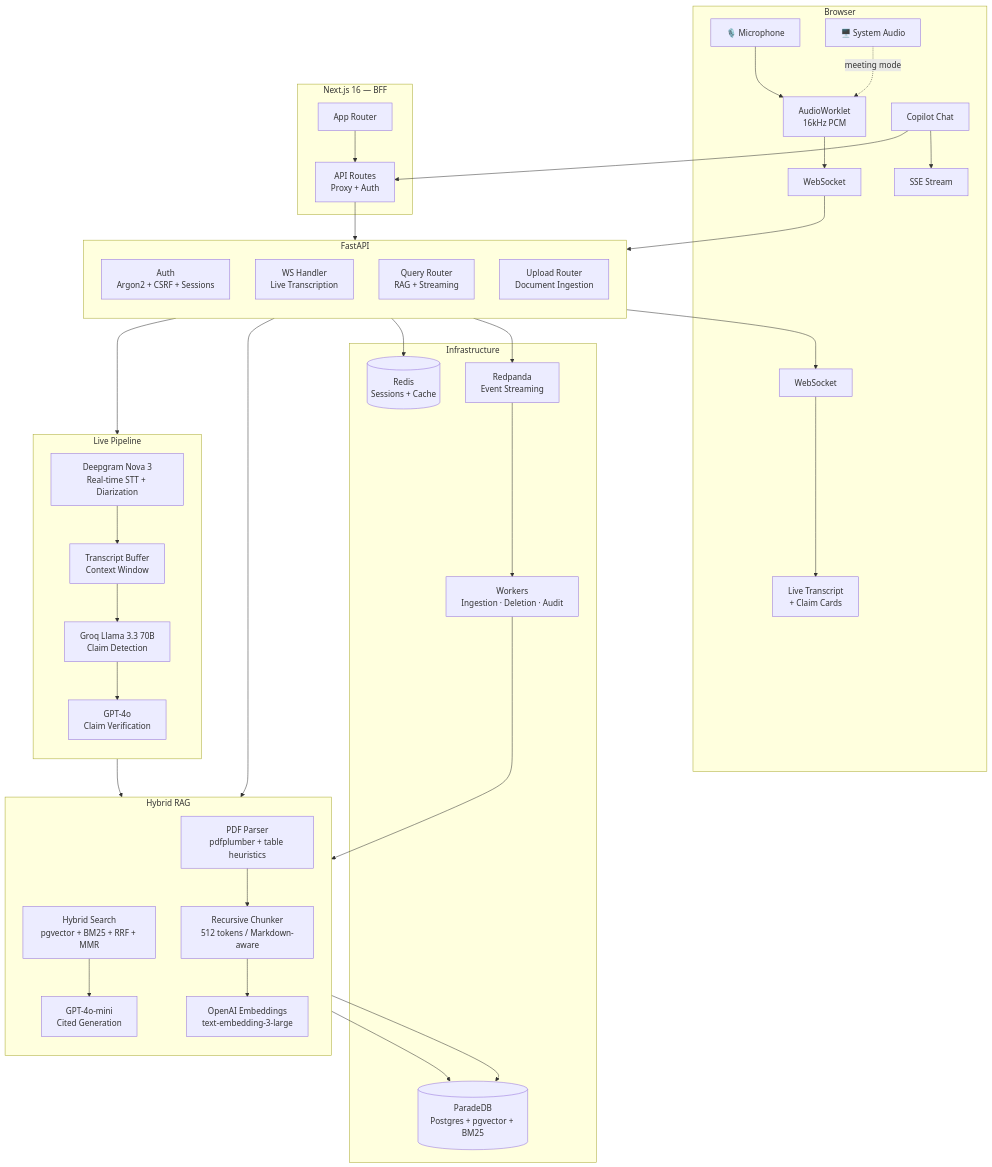
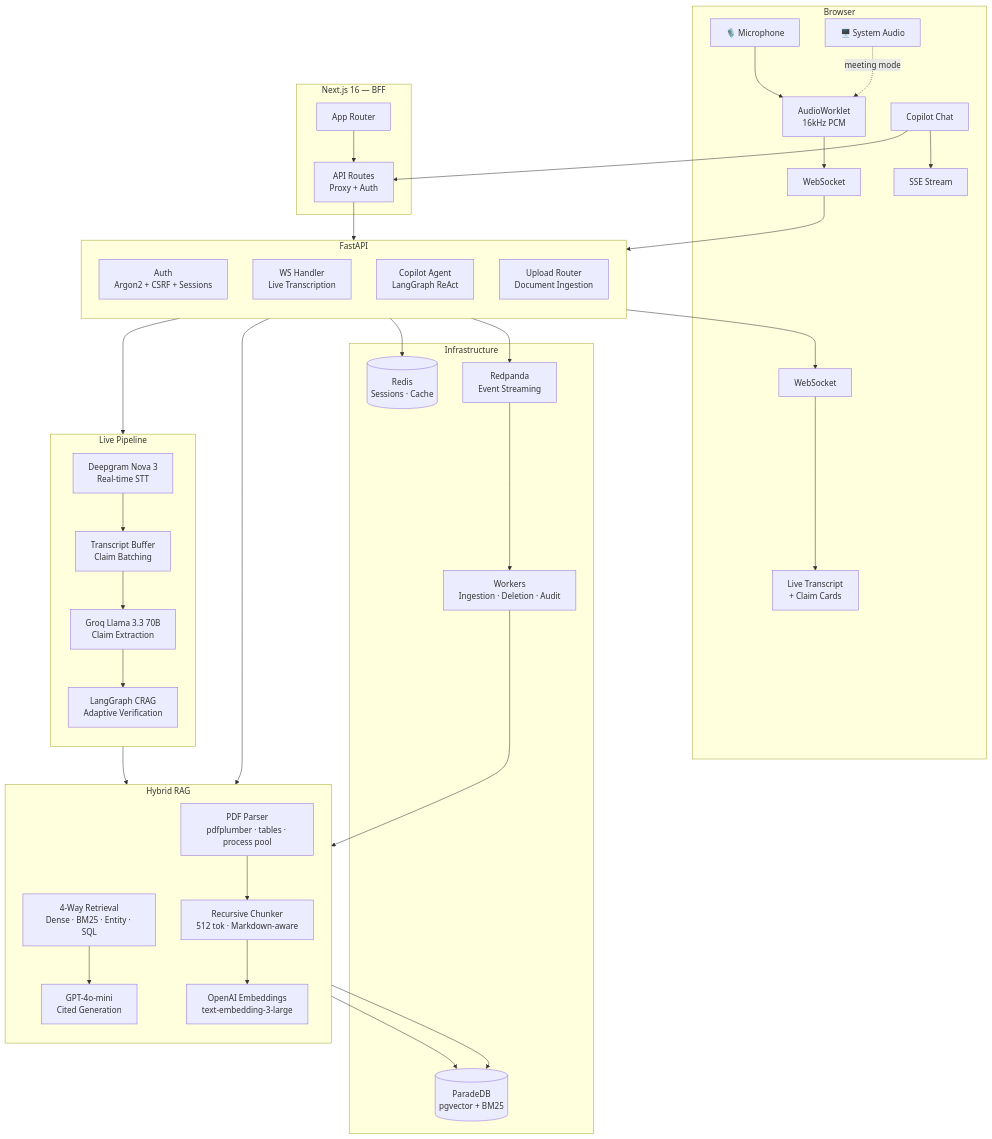
One commit to bhanuprasanna2001/AIlways changed the diagram in README.md. Above: the diagram before and after it, drawn with Mermaid. The commit also changed other lines of this file, not shown here.

````diff
--- a/README.md
+++ b/README.md
@@ -91,59 +93,59 @@
 ```mermaid
 flowchart TB
     subgraph Client["Browser"]
         MIC[🎙️ Microphone] --> AW[AudioWorklet<br/>16kHz PCM]
         SYS[🖥️ System Audio] -.->|meeting mode| AW
         AW --> WS_OUT[WebSocket]
         WS_IN[WebSocket] --> UI[Live Transcript<br/>+ Claim Cards]
         CHAT[Copilot Chat] --> SSE[SSE Stream]
     end
 
     subgraph Frontend["Next.js 16 — BFF"]
         PAGES[App Router] --> API_ROUTES[API Routes<br/>Proxy + Auth]
     end
 
     subgraph Backend["FastAPI"]
         direction TB
         AUTH[Auth<br/>Argon2 + CSRF + Sessions]
         WS_HANDLER[WS Handler<br/>Live Transcription]
-        QUERY[Query Router<br/>RAG + Streaming]
+        AGENT[Copilot Agent<br/>LangGraph ReAct]
         UPLOAD[Upload Router<br/>Document Ingestion]
     end
 
     subgraph Transcription["Live Pipeline"]
         direction TB
-        DG[Deepgram Nova 3<br/>Real-time STT + Diarization]
-        BUFFER[Transcript Buffer<br/>Context Window]
-        DETECT[Groq Llama 3.3 70B<br/>Claim Detection]
-        VERIFY[GPT-4o<br/>Claim Verification]
+        DG[Deepgram Nova 3<br/>Real-time STT]
+        BUFFER[Transcript Buffer<br/>Claim Batching]
+        DETECT[Groq Llama 3.3 70B<br/>Claim Extraction]
+        CRAG[LangGraph CRAG<br/>Adaptive Verification]
     end
 
     subgraph RAG["Hybrid RAG"]
         direction TB
-        PARSE[PDF Parser<br/>pdfplumber + table heuristics]
-        CHUNK[Recursive Chunker<br/>512 tokens / Markdown-aware]
+        PARSE[PDF Parser<br/>pdfplumber · tables · process pool]
+        CHUNK[Recursive Chunker<br/>512 tok · Markdown-aware]
         EMBED[OpenAI Embeddings<br/>text-embedding-3-large]
-        SEARCH[Hybrid Search<br/>pgvector + BM25 + RRF + MMR]
+        SEARCH[4-Way Retrieval<br/>Dense · BM25 · Entity · SQL]
         GEN[GPT-4o-mini<br/>Cited Generation]
     end
 
     subgraph Infra["Infrastructure"]
-        PG[(ParadeDB<br/>Postgres + pgvector + BM25)]
-        REDIS[(Redis<br/>Sessions + Cache)]
+        PG[(ParadeDB<br/>pgvector + BM25)]
+        REDIS[(Redis<br/>Sessions · Cache)]
         KAFKA[Redpanda<br/>Event Streaming]
         WORKERS[Workers<br/>Ingestion · Deletion · Audit]
     end
 
     WS_OUT --> WS_HANDLER
     WS_HANDLER --> DG
-    DG --> BUFFER --> DETECT --> VERIFY
-    VERIFY --> SEARCH
+    DG --> BUFFER --> DETECT --> CRAG
+    CRAG --> SEARCH
     WS_HANDLER --> WS_IN
 
-    CHAT --> API_ROUTES --> QUERY --> SEARCH --> GEN
+    CHAT --> API_ROUTES --> AGENT --> SEARCH --> GEN
 
     UPLOAD --> KAFKA --> WORKERS
     WORKERS --> PARSE --> CHUNK --> EMBED --> PG
     SEARCH --> PG
     AUTH --> REDIS
 ```
````
